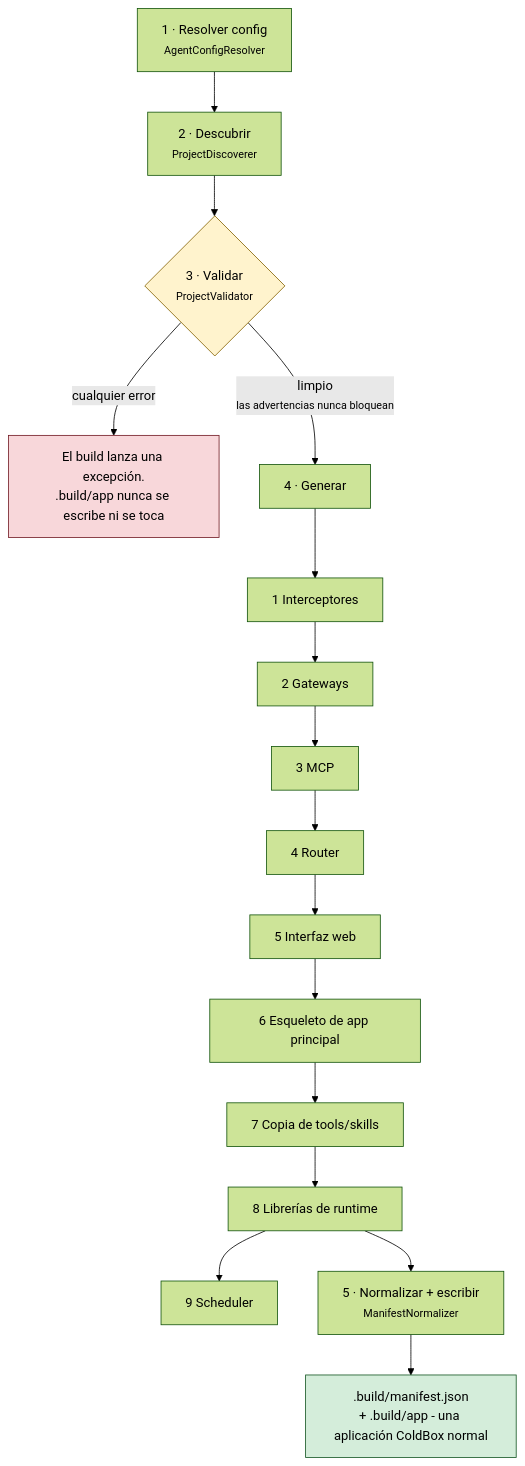
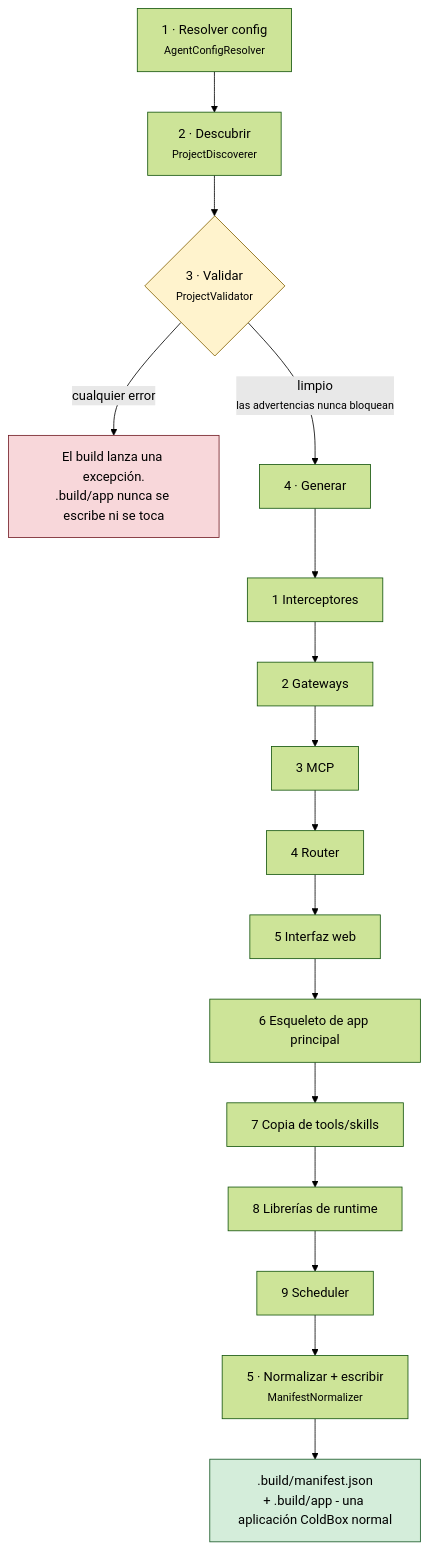
One commit to ortus-boxlang/bx-agents changed the diagram in docs/versions/1.0.x/i18n/es/build-pipeline.md. Above: the diagram before and after it, drawn with Mermaid (forest theme). The commit also changed other lines of this file and 76 other files, not shown here.

````diff
--- a/docs/versions/1.0.x/i18n/es/build-pipeline.md
+++ b/docs/versions/1.0.x/i18n/es/build-pipeline.md
@@ -13,15 +13,15 @@
 ```mermaid
 flowchart TD
     A["1 · Resolver config<br/><small>AgentConfigResolver</small>"] --> B["2 · Descubrir<br/><small>ProjectDiscoverer</small>"]
     B --> C{"3 · Validar<br/><small>ProjectValidator</small>"}
     C -->|"cualquier error"| X["El build lanza una excepción.<br/>.build/app nunca se escribe ni se toca"]
     C -->|"limpio<br/><small>las advertencias nunca bloquean</small>"| D["4 · Generar"]
     D --> D1["1 Interceptores"] --> D2["2 Gateways"] --> D3["3 MCP"] --> D4["4 Router"]
     D4 --> D5["5 Interfaz web"] --> D6["6 Esqueleto de app principal"] --> D7["7 Copia de tools/skills"] --> D8["8 Librerías de runtime"] --> D9["9 Scheduler"]
-    D8 --> E["5 · Normalizar + escribir<br/><small>ManifestNormalizer</small>"]
+    D9 --> E["5 · Normalizar + escribir<br/><small>ManifestNormalizer</small>"]
     E --> F[".build/manifest.json<br/>+ .build/app - una aplicación ColdBox normal"]
 
     style C fill:#fff3cd,stroke:#856404
     style X fill:#f8d7da,stroke:#721c24
     style F fill:#d4edda,stroke:#155724
 ```
````
